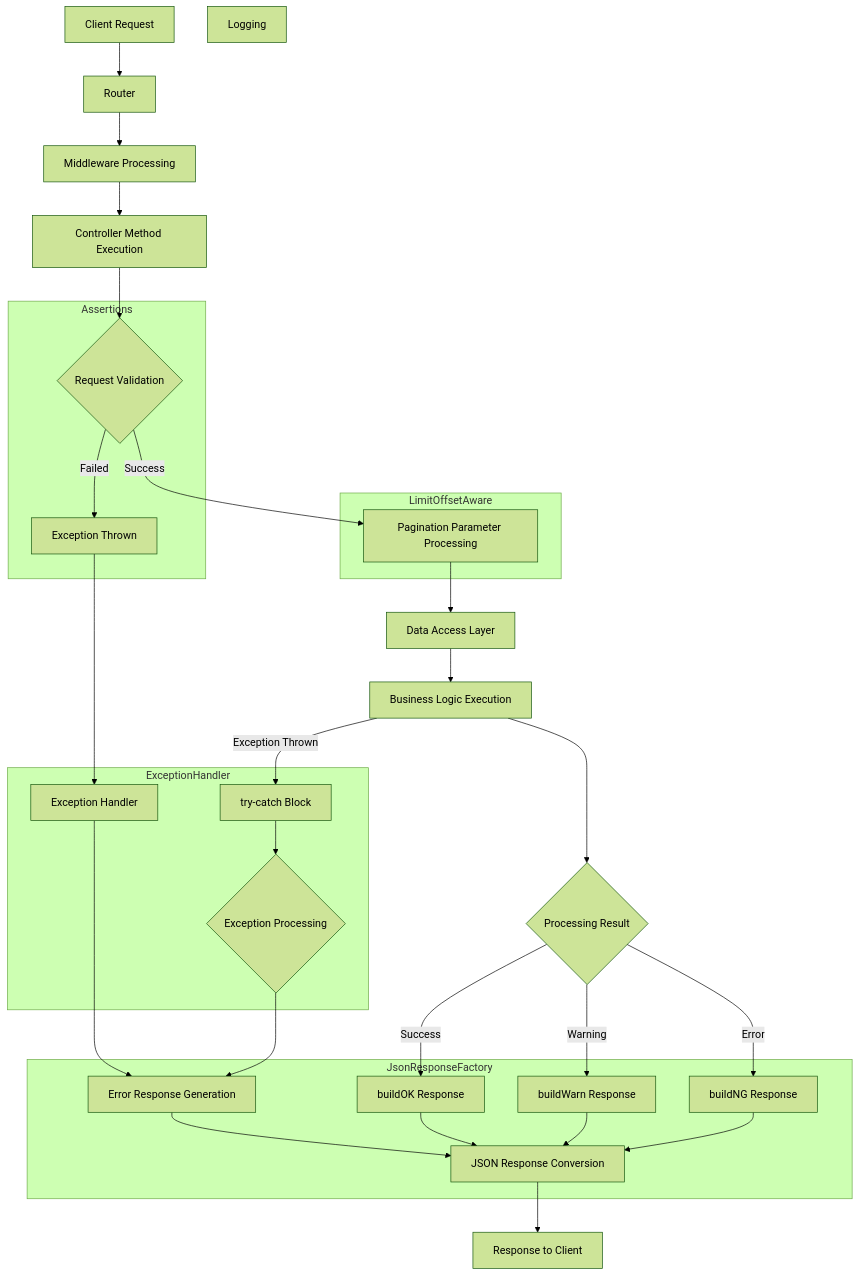
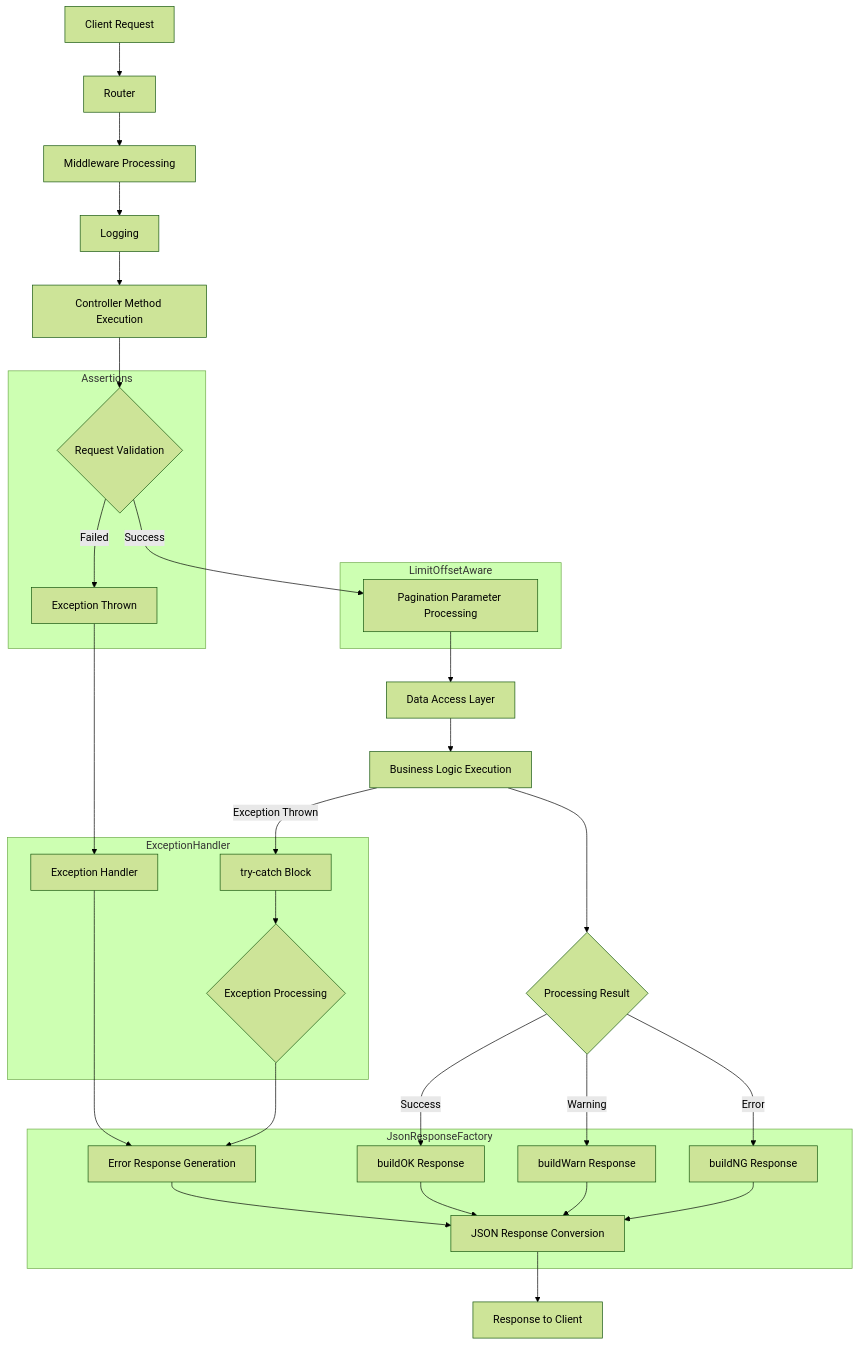
The diagram in README.md (tqcuong-it/docs), drawn with Mermaid (forest theme) before and after one commit.

````diff
--- a/README.md
+++ b/README.md
@@ -23,56 +23,55 @@
 ```mermaid
 flowchart TD
     A[Client Request] --> B[Router]
     B --> C[Middleware Processing]
-    C --> D[Controller Method Execution]
+    C --> LOG[Logging]
+    LOG --> D[Controller Method Execution]
     
     D --> E{Request Validation}
     E -->|Failed| F[Exception Thrown]
     F --> G[Exception Handler]
     G --> H[Error Response Generation]
     
     E -->|Success| I[Pagination Parameter Processing]
     I --> J[Data Access Layer]
     J --> K[Business Logic Execution]
     
     K -->|Exception Thrown| R[try-catch Block]
     R --> S{Exception Processing}
     S --> H
     
     K --> L{Processing Result}
     L -->|Success| M[buildOK Response]
     L -->|Warning| N[buildWarn Response]
     L -->|Error| O[buildNG Response]
     
     M --> P[JSON Response Conversion]
     N --> P
     O --> P
     H --> P
     
     P --> Q[Response to Client]
     
-    LOG[Logging]
-    
     subgraph "LimitOffsetAware"
     I
     end
     
     subgraph "Assertions"
     E
     F
     end
     
     subgraph "ExceptionHandler"
     G
     R
     S
     end
     
     subgraph "JsonResponseFactory"
     M
     N
     O
     H
     P
     end
 ```
````
